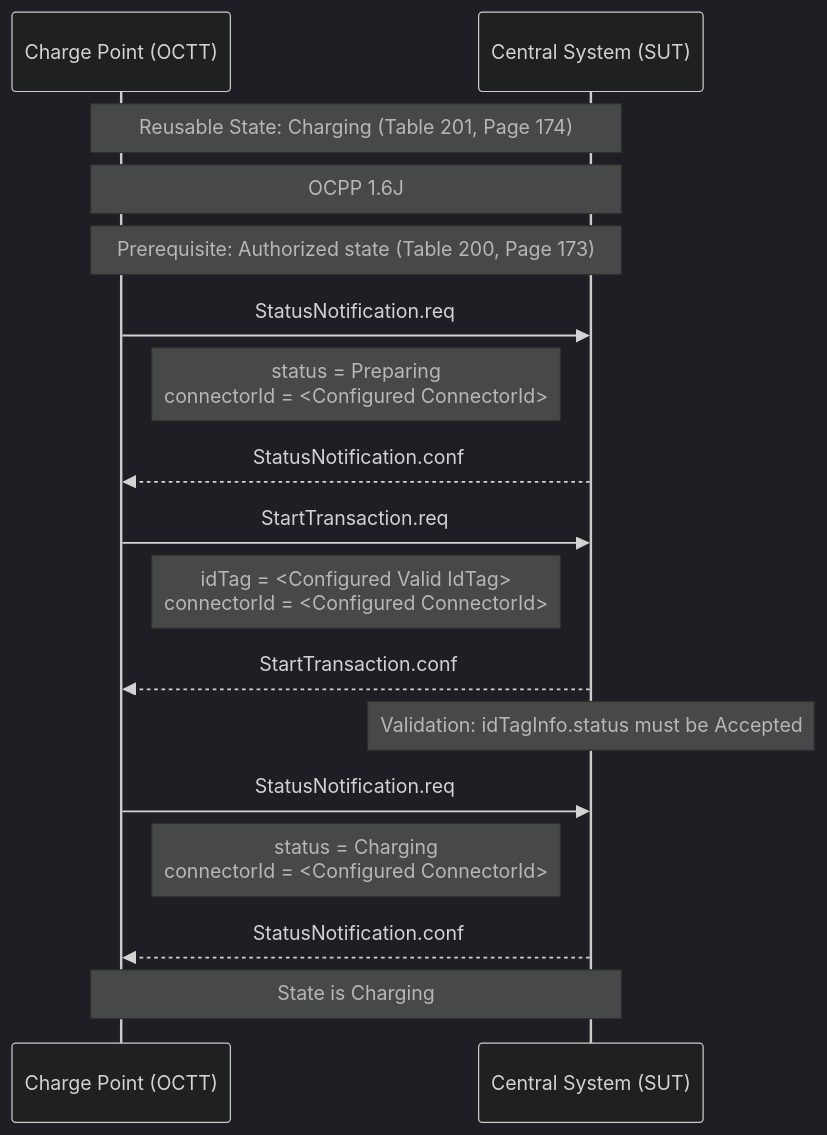
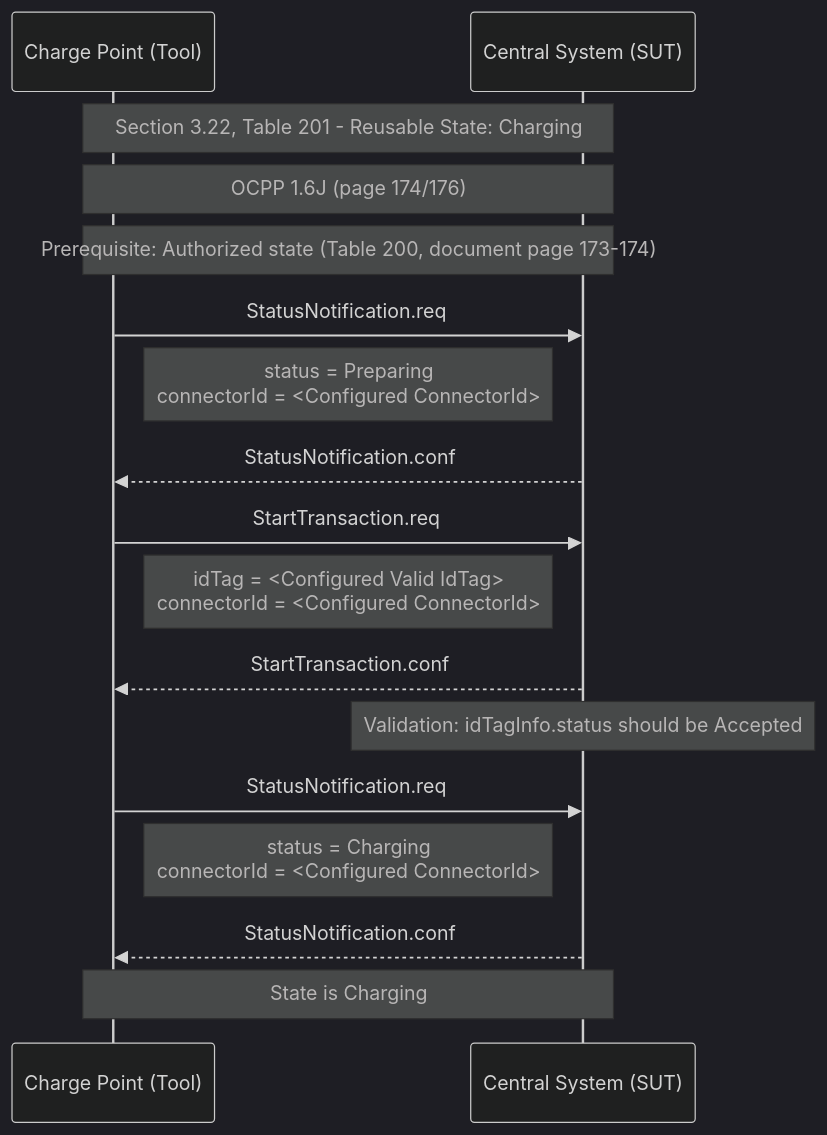
Before and after one commit to tzi-app/tzi-OCTT: the diagram in 1.6/reusable_state_charging.mermaid, drawn with Mermaid (dark theme). The commit also changed 173 other files, not shown here.

```diff
--- a/1.6/reusable_state_charging.mermaid
+++ b/1.6/reusable_state_charging.mermaid
@@ -1,22 +1,22 @@
 sequenceDiagram
-    participant CP as Charge Point (OCTT)
+    participant CP as Charge Point (Tool)
     participant CS as Central System (SUT)
 
-    Note over CP,CS: Reusable State: Charging (Table 201, Page 174)
-    Note over CP,CS: OCPP 1.6J
-    Note over CP,CS: Prerequisite: Authorized state (Table 200, Page 173)
+    Note over CP,CS: Section 3.22, Table 201 - Reusable State: Charging
+    Note over CP,CS: OCPP 1.6J (page 174/176)
+    Note over CP,CS: Prerequisite: Authorized state (Table 200, document page 173-174)
 
     CP->>CS: StatusNotification.req
     Note right of CP: status = Preparing<br/>connectorId = <Configured ConnectorId>
     CS-->>CP: StatusNotification.conf
 
     CP->>CS: StartTransaction.req
     Note right of CP: idTag = <Configured Valid IdTag><br/>connectorId = <Configured ConnectorId>
     CS-->>CP: StartTransaction.conf
-    Note over CS: Validation: idTagInfo.status must be Accepted
+    Note over CS: Validation: idTagInfo.status should be Accepted
 
     CP->>CS: StatusNotification.req
     Note right of CP: status = Charging<br/>connectorId = <Configured ConnectorId>
     CS-->>CP: StatusNotification.conf
 
     Note over CP,CS: State is Charging
```
